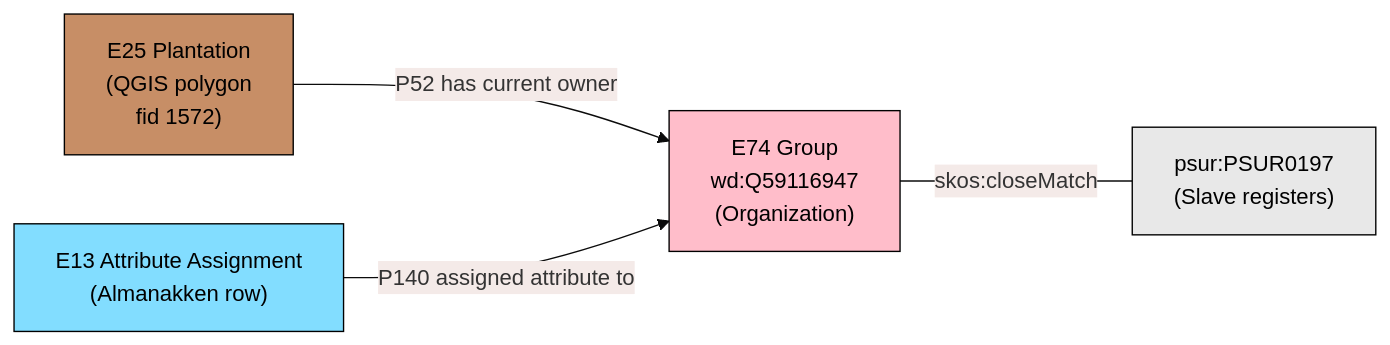
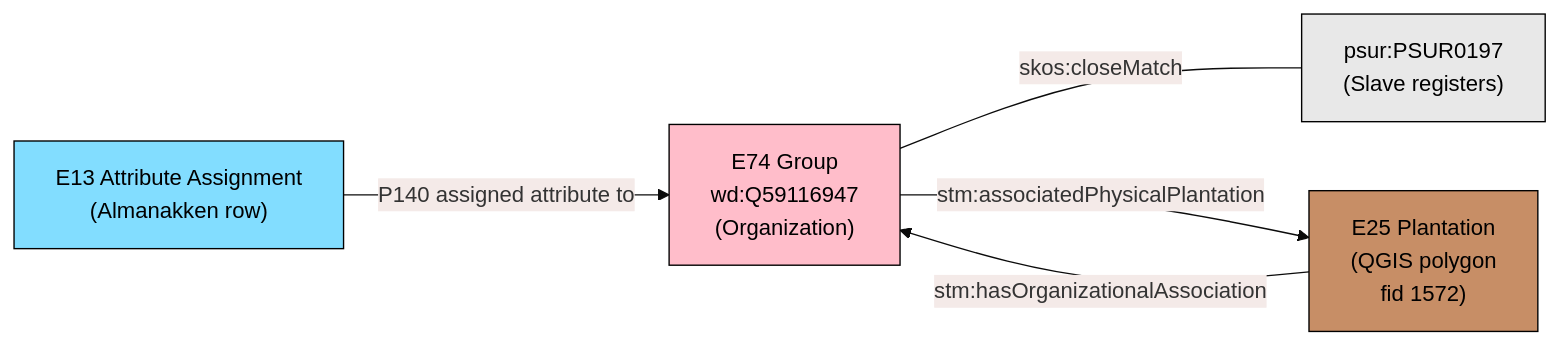
Before and after one commit to SurinameTimeMachine/suriname-database-model: the sixth of 7 diagrams in docs/models/observations-explained.mdx, drawn with Mermaid. The commit also changed other lines of this file and 17 other files, not shown here.

````diff
--- a/docs/models/observations-explained.mdx
+++ b/docs/models/observations-explained.mdx
@@ -360,31 +358,32 @@
 ```mermaid
 %%{init: {'theme': 'base', 'themeVariables': { 'primaryColor': '#e8f4ea'}}}%%
 flowchart LR
     E74_ORG["E74 Group
     wd:Q59116947
     (Organization)"]
 
     PSUR["psur:PSUR0197
     (Slave registers)"]
 
     E25["E25 Plantation
     (QGIS polygon
     fid 1572)"]
 
     ALM["E13 Attribute Assignment
     (Almanakken row)"]
 
     E74_ORG ---|"skos:closeMatch"| PSUR
-    E25 -->|"P52 has current owner"| E74_ORG
+    E25 -->|"stm:hasOrganizationalAssociation"| E74_ORG
+    E74_ORG -->|"stm:associatedPhysicalPlantation"| E25
     ALM -->|"P140 assigned attribute to"| E74_ORG
 
     classDef crm_E39_Actor fill:#ffbdca,stroke:#000000,color:#000000
     classDef crm_E18_Physical_Thing fill:#c78e66,stroke:#000000,color:#000000
     classDef crm_E2_Temporal_Entity fill:#82ddff,stroke:#000000,color:#000000
     classDef external fill:#e8e8e8,stroke:#000000,color:#000000
 
     class E74_ORG crm_E39_Actor
     class E25 crm_E18_Physical_Thing
     class ALM crm_E2_Temporal_Entity
     class PSUR external
 ```
````
